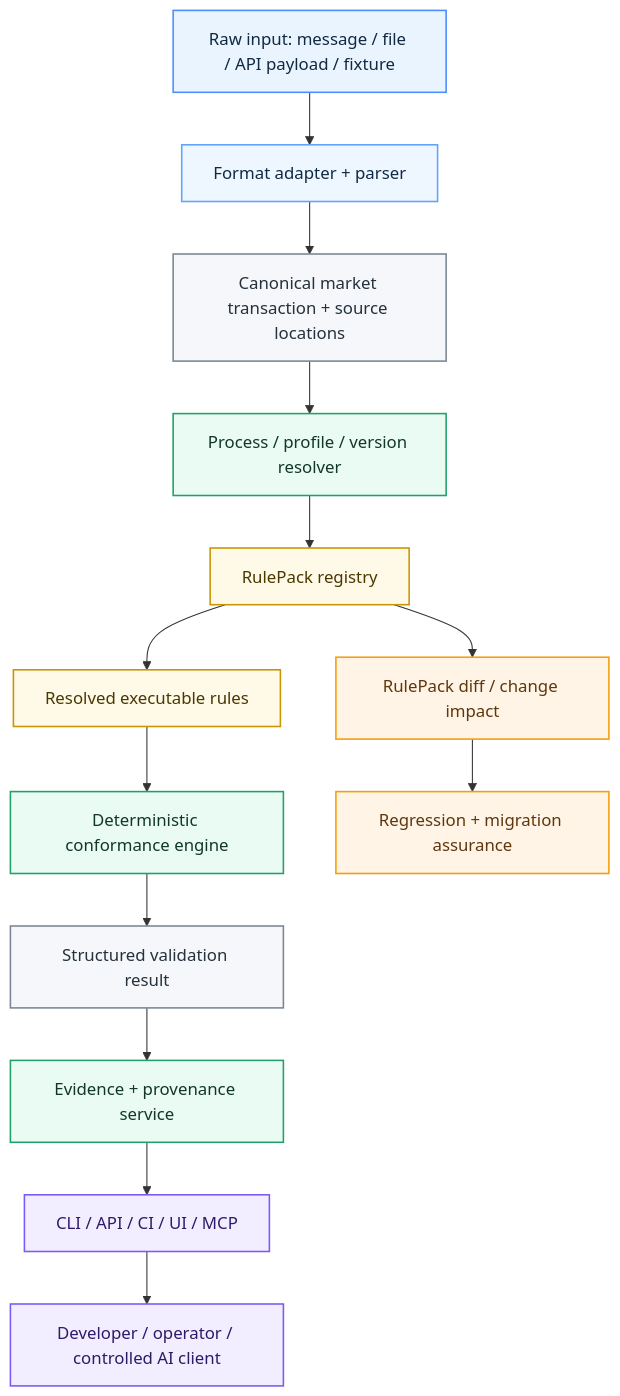
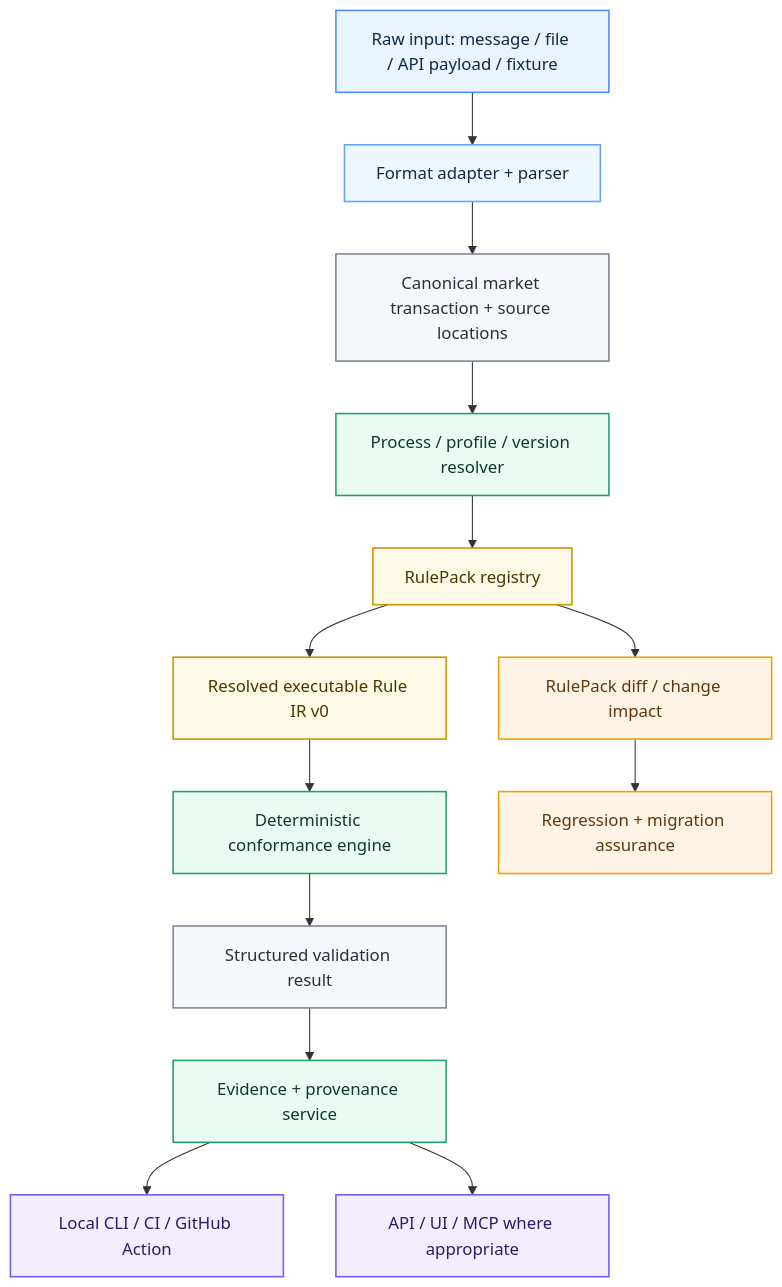
Before and after one commit to cjrandersson/tydel-arosyn-mcp: the diagram in ARCHITECTURE.md, drawn with Mermaid. The commit also changed other lines of this file, not shown here.

Commit message:
architecture: lock Rule IR v0 and local-first delivery

````diff
--- a/ARCHITECTURE.md
+++ b/ARCHITECTURE.md
@@ -119,24 +129,24 @@
 ```mermaid
 flowchart TD
     A["Raw input: message / file / API payload / fixture"]:::input --> B["Format adapter + parser"]:::adapter
     B --> C["Canonical market transaction + source locations"]:::data
     C --> D["Process / profile / version resolver"]:::core
     D --> E["RulePack registry"]:::standard
-    E --> F["Resolved executable rules"]:::standard
+    E --> F["Resolved executable Rule IR v0"]:::standard
     F --> G["Deterministic conformance engine"]:::core
     G --> H["Structured validation result"]:::data
     H --> I["Evidence + provenance service"]:::core
-    I --> J["CLI / API / CI / UI / MCP"]:::mcp
-    J --> K["Developer / operator / controlled AI client"]:::mcp
+    I --> J["Local CLI / CI / GitHub Action"]:::mcp
+    I --> K["API / UI / MCP where appropriate"]:::mcp
 
     E --> L["RulePack diff / change impact"]:::future
     L --> M["Regression + migration assurance"]:::future
 
     classDef input fill:#EAF4FF,stroke:#4C8DFF,color:#102A43,stroke-width:1.5px;
     classDef adapter fill:#EEF7FF,stroke:#60A5FA,color:#102A43,stroke-width:1.5px;
     classDef core fill:#EAFBF4,stroke:#22A06B,color:#12372A,stroke-width:1.5px;
     classDef data fill:#F5F7FA,stroke:#7B8794,color:#25313C,stroke-width:1.5px;
     classDef standard fill:#FFF9E8,stroke:#C99500,color:#4A3800,stroke-width:1.5px;
     classDef mcp fill:#F3EEFF,stroke:#7A5AF8,color:#2D1B69,stroke-width:1.5px;
     classDef future fill:#FFF4E5,stroke:#F59E0B,color:#5F370E,stroke-width:1.5px;
 ```
````
